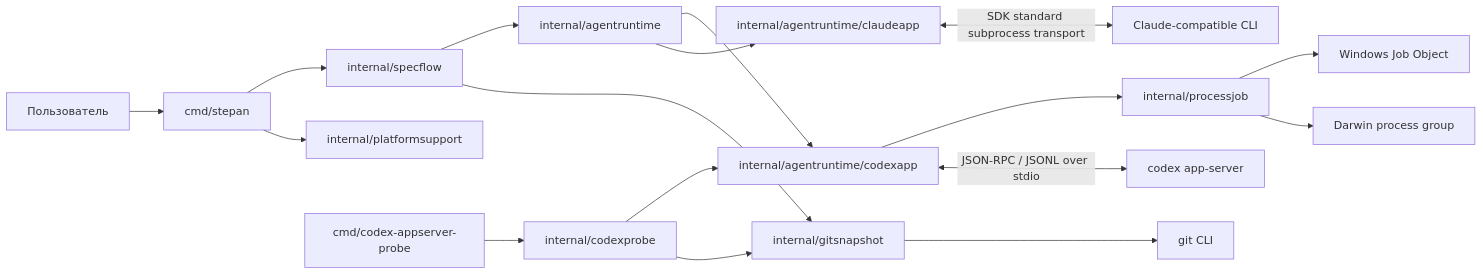
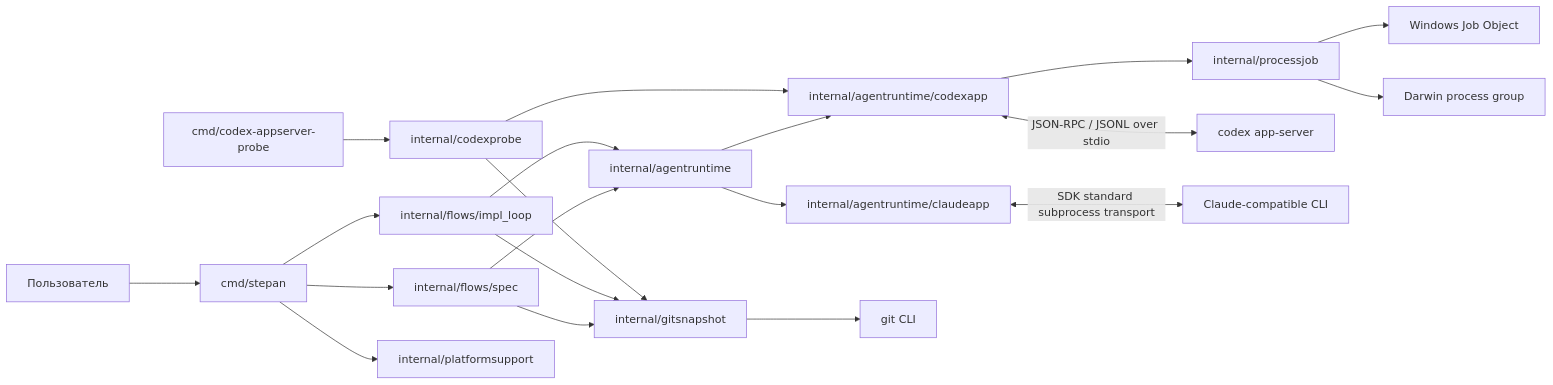
Before and after one commit to AndrMoiseev/stepan: the first of 2 diagrams in docs/adr/0002-current-stack-and-architecture.md, drawn with Mermaid. The commit also changed other lines of this file and 7 other files, not shown here.

````diff
--- a/docs/adr/0002-current-stack-and-architecture.md
+++ b/docs/adr/0002-current-stack-and-architecture.md
@@ -44,20 +44,23 @@
 ```mermaid
 flowchart LR
     User[Пользователь] --> CLI[cmd/stepan]
-    CLI --> Flow[internal/specflow]
-    Flow --> Contract[internal/agentruntime]
+    CLI --> FeatureFlow[internal/flows/spec]
+    CLI --> ImplementationFlow[internal/flows/impl_loop]
+    FeatureFlow --> Contract[internal/agentruntime]
+    ImplementationFlow --> Contract
     Contract --> App[internal/agentruntime/codexapp]
     Contract --> Claude[internal/agentruntime/claudeapp]
-    Flow --> Git[internal/gitsnapshot]
+    FeatureFlow --> Git[internal/gitsnapshot]
+    ImplementationFlow --> Git
     App --> Job[internal/processjob]
     Probe[internal/codexprobe] --> App
     Probe --> Git
     CLI --> Platform[internal/platformsupport]
     App <-->|JSON-RPC / JSONL over stdio| Codex[codex app-server]
     Claude <-->|SDK standard subprocess transport| ClaudeCLI[Claude-compatible CLI]
     Git --> GitCLI[git CLI]
     Job --> Win[Windows Job Object]
     Job --> Mac[Darwin process group]
 
     Probe1[cmd/codex-appserver-probe] --> Probe
 ```
````
